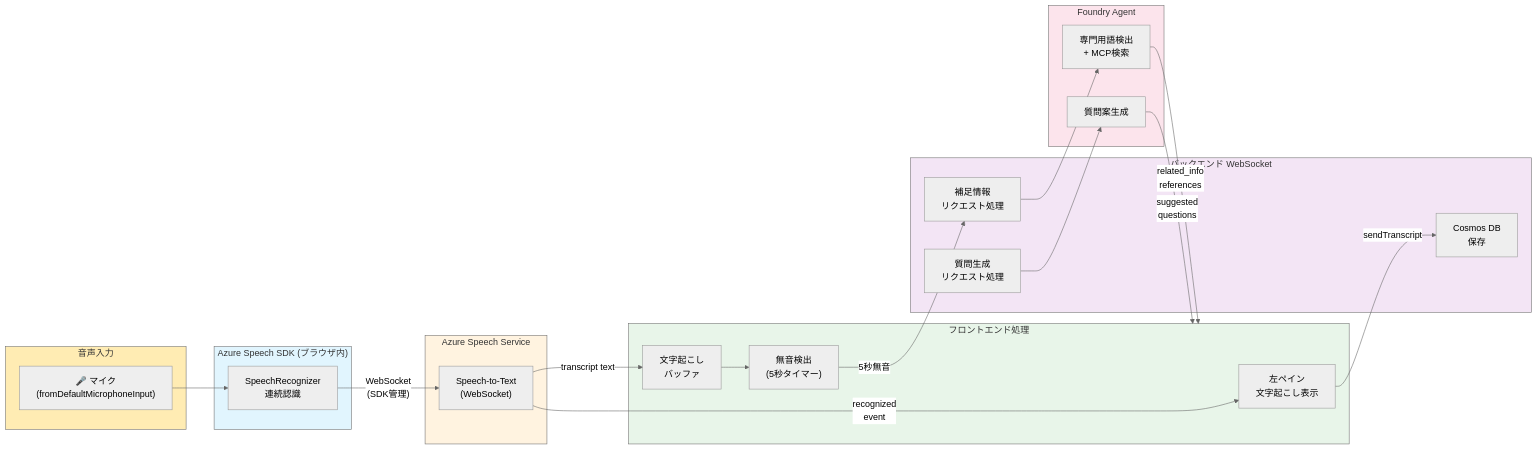
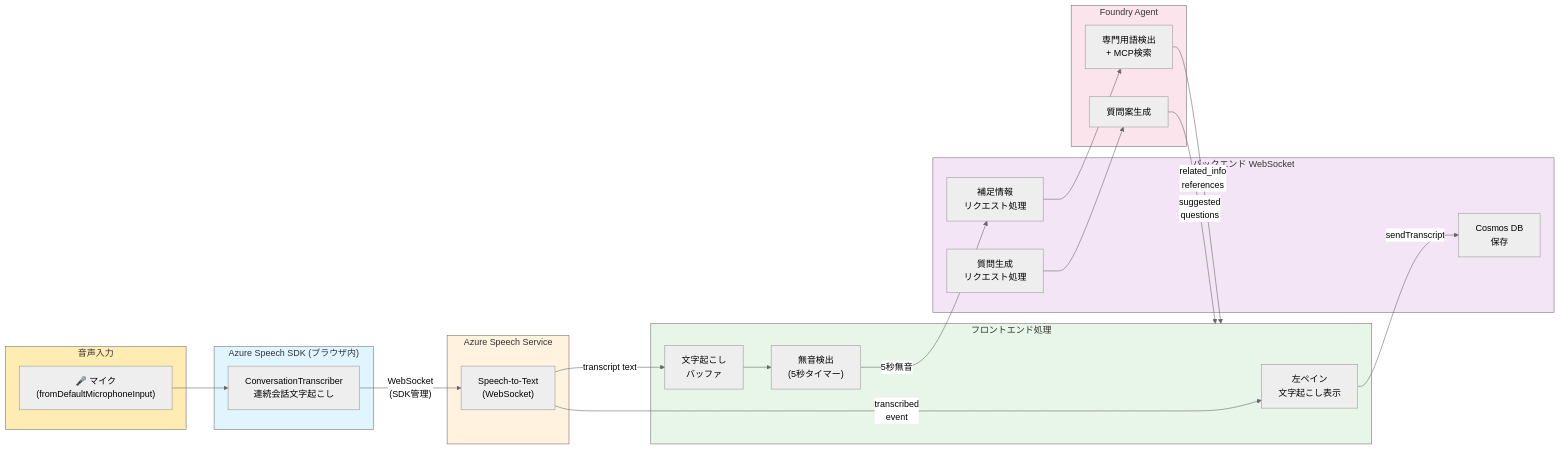
Diagram 15 of 22 in spec/architecture.md (hatasaki/Interview-Assistant-AI), drawn with Mermaid (neutral theme) before and after one commit. The commit also changed other lines of this file and 10 other files, not shown here.

````diff
--- a/spec/architecture.md
+++ b/spec/architecture.md
@@ -690,48 +725,48 @@
 ```mermaid
 flowchart LR
     subgraph Input["音声入力"]
         MIC["🎤 マイク<br/>(fromDefaultMicrophoneInput)"]
     end
 
     subgraph SpeechSDK["Azure Speech SDK (ブラウザ内)"]
-        RECO["SpeechRecognizer<br/>連続認識"]
+        RECO["ConversationTranscriber<br/>連続会話文字起こし"]
     end
 
     subgraph AzureSpeech["Azure Speech Service"]
         STT["Speech-to-Text<br/>(WebSocket)"]
     end
 
     subgraph Frontend["フロントエンド処理"]
         DISPLAY["左ペイン<br/>文字起こし表示"]
         BUFFER["文字起こし<br/>バッファ"]
         SILENCE["無音検出<br/>(5秒タイマー)"]
     end
 
     subgraph BackendWS["バックエンド WebSocket"]
         SAVE["Cosmos DB<br/>保存"]
         SUPP["補足情報<br/>リクエスト処理"]
         QGEN["質問生成<br/>リクエスト処理"]
     end
 
     subgraph Agent["Foundry Agent"]
         ANALYZE["専門用語検出<br/>+ MCP検索"]
         SUGGEST["質問案生成"]
     end
 
     MIC --> RECO -->|"WebSocket<br/>(SDK管理)"| STT
-    STT -->|"recognized<br/>event"| DISPLAY
+    STT -->|"transcribed<br/>event"| DISPLAY
     STT -->|"transcript text"| BUFFER
     BUFFER --> SILENCE
     SILENCE -->|"5秒無音"| SUPP
     DISPLAY -->|"sendTranscript"| SAVE
 
     SUPP --> ANALYZE -->|"related_info<br/>references"| Frontend
     QGEN --> SUGGEST -->|"suggested<br/>questions"| Frontend
 
     style Input fill:#ffecb3
     style SpeechSDK fill:#e1f5fe
     style AzureSpeech fill:#fff3e0
     style Frontend fill:#e8f5e9
     style BackendWS fill:#f3e5f5
     style Agent fill:#fce4ec
 ```
````
